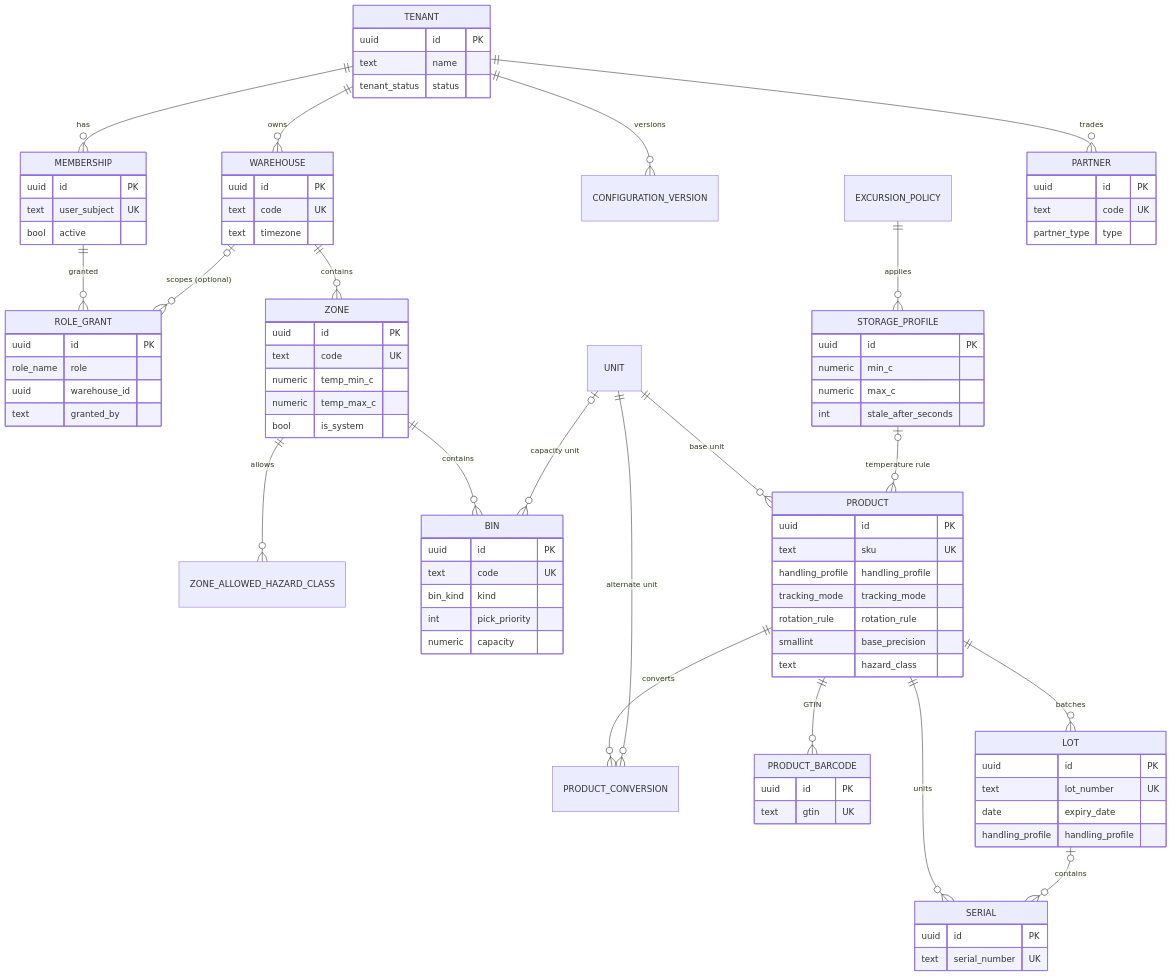
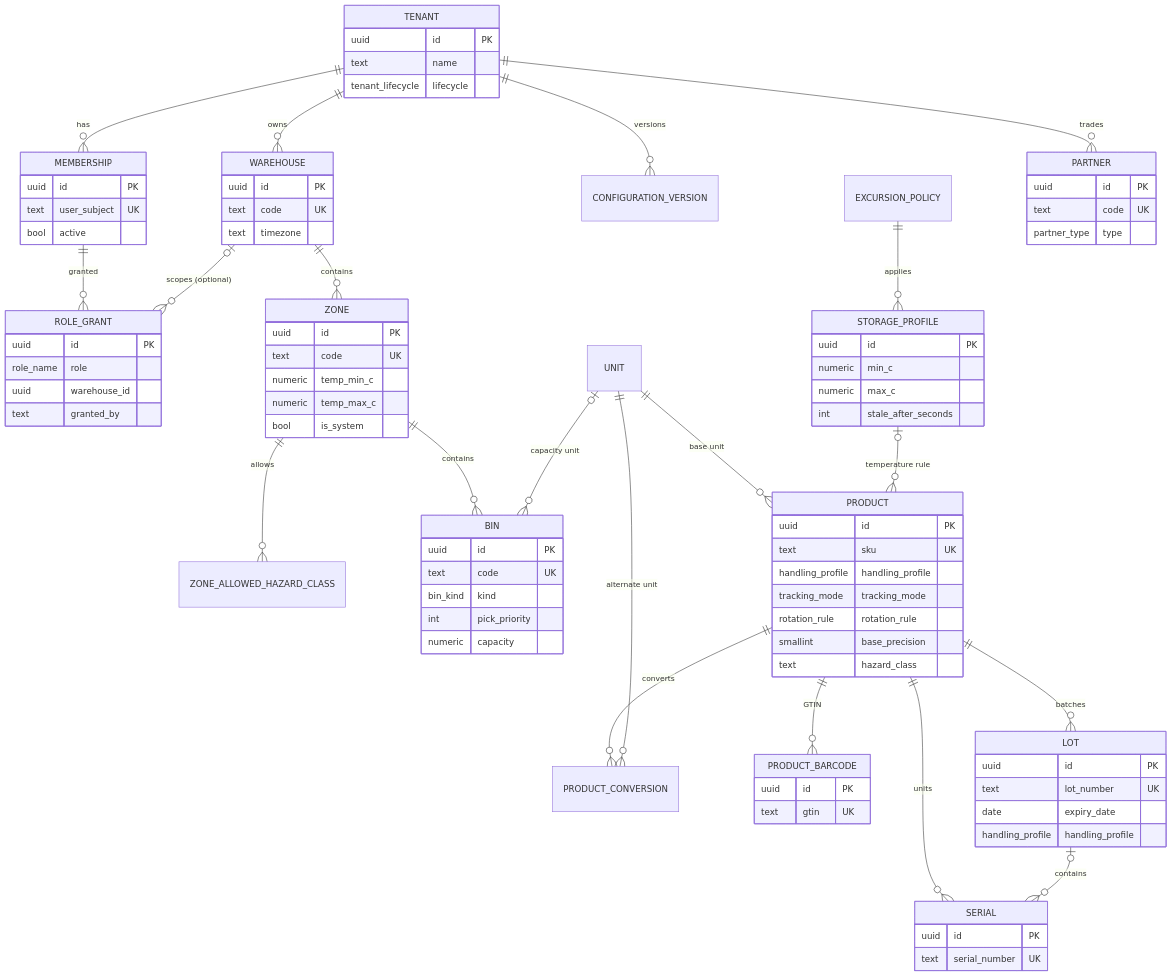
One commit to FEEVAN1/TrustedInventory changed the first of 6 diagrams in docs/er-model.md. Above: the diagram before and after it, drawn with Mermaid. The commit also changed 10 other files, not shown here.

```diff
--- a/docs/er-model.md
+++ b/docs/er-model.md
@@ -32,7 +32,7 @@
     TENANT {
         uuid id PK
         text name
-        tenant_status status
+        tenant_lifecycle lifecycle
     }
     MEMBERSHIP {
         uuid id PK
```
